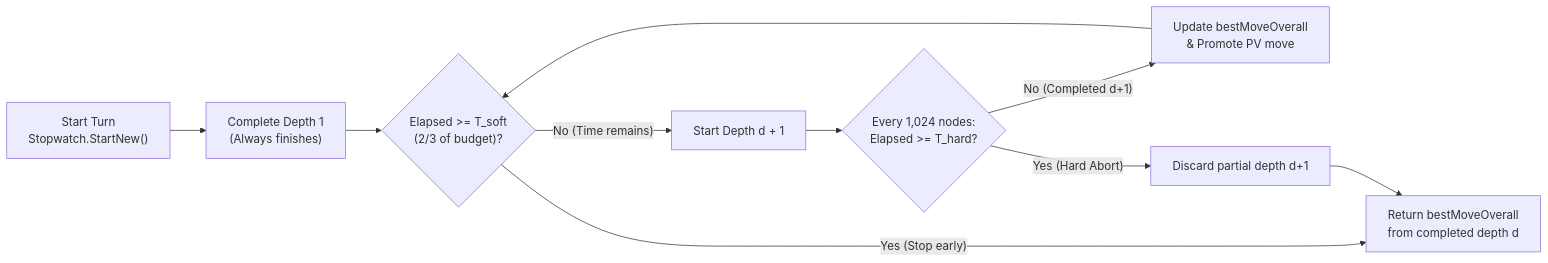
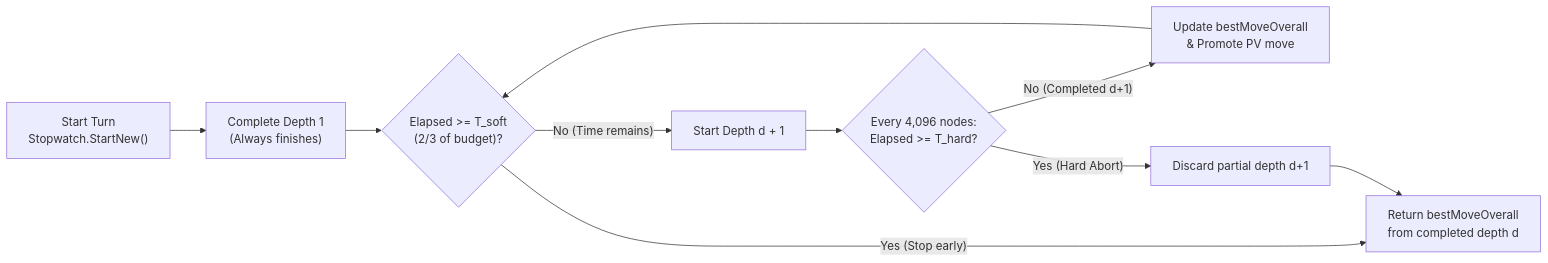
The diagram in docs/brain/09-time-control.md (cjp-dev/Checkers), drawn with Mermaid before and after one commit. The commit also changed other lines of this file and 17 other files, not shown here.

````diff
--- a/docs/brain/09-time-control.md
+++ b/docs/brain/09-time-control.md
@@ -47,12 +47,12 @@
 ```mermaid
 flowchart LR
     Start["Start Turn<br/>Stopwatch.StartNew()"] --> D1["Complete Depth 1<br/>(Always finishes)"]
     D1 --> CheckSoft{"Elapsed >= T_soft<br/>(2/3 of budget)?"}
     CheckSoft -- "Yes (Stop early)" --> Return["Return bestMoveOverall<br/>from completed depth d"]
     CheckSoft -- "No (Time remains)" --> NextD["Start Depth d + 1"]
-    NextD --> NodeCheck{"Every 1,024 nodes:<br/>Elapsed >= T_hard?"}
-    NodeCheck -- "No (Completed d+1)" --> SavePV["Update bestMoveOverall<br/>& Promote PV move"]
+    NextD --> NodeCheck{"Every 4,096 nodes:<br/>Elapsed >= T_hard?"}
+    NodeCheck -- "No (Completed d+1)" --> SavePV["Update bestMoveOverall<br/>&amp; Promote PV move"]
     SavePV --> CheckSoft
     NodeCheck -- "Yes (Hard Abort)" --> Discard["Discard partial depth d+1"]
     Discard --> Return
 ```
````
